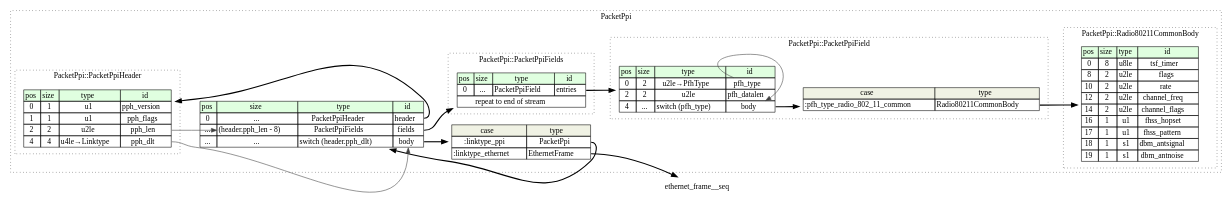
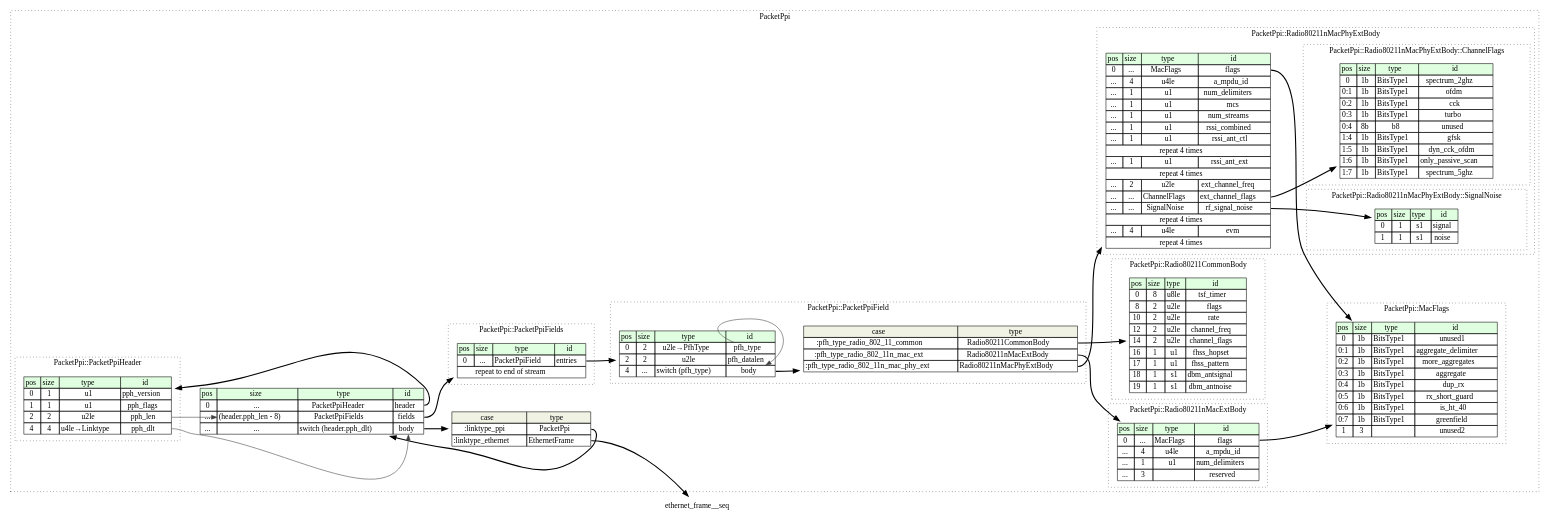
One commit to kaitai-io/formats-kaitai-io.github.io changed the diagram in packet_ppi/src/graphviz/packet_ppi.dot. Above: the diagram before and after it, drawn with Graphviz. The commit also changed 29 other files, not shown here.

```diff
--- a/packet_ppi/src/graphviz/packet_ppi.dot
+++ b/packet_ppi/src/graphviz/packet_ppi.dot
@@ -16,6 +16,45 @@
 	<TR><TD>:linktype_ppi</TD><TD PORT="case0">PacketPpi</TD></TR>
 	<TR><TD>:linktype_ethernet</TD><TD PORT="case1">EthernetFrame</TD></TR>
 </TABLE>>];
+		subgraph cluster__packet_ppi_fields {
+			label="PacketPpi::PacketPpiFields";
+			graph[style=dotted];
+
+			packet_ppi_fields__seq [label=<<TABLE BORDER="0" CELLBORDER="1" CELLSPACING="0">
+				<TR><TD BGCOLOR="#E0FFE0">pos</TD><TD BGCOLOR="#E0FFE0">size</TD><TD BGCOLOR="#E0FFE0">type</TD><TD BGCOLOR="#E0FFE0">id</TD></TR>
+				<TR><TD PORT="entries_pos">0</TD><TD PORT="entries_size">...</TD><TD>PacketPpiField</TD><TD PORT="entries_type">entries</TD></TR>
+				<TR><TD COLSPAN="4" PORT="entries__repeat">repeat to end of stream</TD></TR>
+			</TABLE>>];
+		}
+		subgraph cluster__radio_802_11n_mac_ext_body {
+			label="PacketPpi::Radio80211nMacExtBody";
+			graph[style=dotted];
+
+			radio_802_11n_mac_ext_body__seq [label=<<TABLE BORDER="0" CELLBORDER="1" CELLSPACING="0">
+				<TR><TD BGCOLOR="#E0FFE0">pos</TD><TD BGCOLOR="#E0FFE0">size</TD><TD BGCOLOR="#E0FFE0">type</TD><TD BGCOLOR="#E0FFE0">id</TD></TR>
+				<TR><TD PORT="flags_pos">0</TD><TD PORT="flags_size">...</TD><TD>MacFlags</TD><TD PORT="flags_type">flags</TD></TR>
+				<TR><TD PORT="a_mpdu_id_pos">...</TD><TD PORT="a_mpdu_id_size">4</TD><TD>u4le</TD><TD PORT="a_mpdu_id_type">a_mpdu_id</TD></TR>
+				<TR><TD PORT="num_delimiters_pos">...</TD><TD PORT="num_delimiters_size">1</TD><TD>u1</TD><TD PORT="num_delimiters_type">num_delimiters</TD></TR>
+				<TR><TD PORT="reserved_pos">...</TD><TD PORT="reserved_size">3</TD><TD></TD><TD PORT="reserved_type">reserved</TD></TR>
+			</TABLE>>];
+		}
+		subgraph cluster__mac_flags {
+			label="PacketPpi::MacFlags";
+			graph[style=dotted];
+
+			mac_flags__seq [label=<<TABLE BORDER="0" CELLBORDER="1" CELLSPACING="0">
+				<TR><TD BGCOLOR="#E0FFE0">pos</TD><TD BGCOLOR="#E0FFE0">size</TD><TD BGCOLOR="#E0FFE0">type</TD><TD BGCOLOR="#E0FFE0">id</TD></TR>
+				<TR><TD PORT="unused1_pos">0</TD><TD PORT="unused1_size">1b</TD><TD>BitsType1</TD><TD PORT="unused1_type">unused1</TD></TR>
+				<TR><TD PORT="aggregate_delimiter_pos">0:1</TD><TD PORT="aggregate_delimiter_size">1b</TD><TD>BitsType1</TD><TD PORT="aggregate_delimiter_type">aggregate_delimiter</TD></TR>
+				<TR><TD PORT="more_aggregates_pos">0:2</TD><TD PORT="more_aggregates_size">1b</TD><TD>BitsType1</TD><TD PORT="more_aggregates_type">more_aggregates</TD></TR>
+				<TR><TD PORT="aggregate_pos">0:3</TD><TD PORT="aggregate_size">1b</TD><TD>BitsType1</TD><TD PORT="aggregate_type">aggregate</TD></TR>
+				<TR><TD PORT="dup_rx_pos">0:4</TD><TD PORT="dup_rx_size">1b</TD><TD>BitsType1</TD><TD PORT="dup_rx_type">dup_rx</TD></TR>
+				<TR><TD PORT="rx_short_guard_pos">0:5</TD><TD PORT="rx_short_guard_size">1b</TD><TD>BitsType1</TD><TD PORT="rx_short_guard_type">rx_short_guard</TD></TR>
+				<TR><TD PORT="is_ht_40_pos">0:6</TD><TD PORT="is_ht_40_size">1b</TD><TD>BitsType1</TD><TD PORT="is_ht_40_type">is_ht_40</TD></TR>
+				<TR><TD PORT="greenfield_pos">0:7</TD><TD PORT="greenfield_size">1b</TD><TD>BitsType1</TD><TD PORT="greenfield_type">greenfield</TD></TR>
+				<TR><TD PORT="unused2_pos">1</TD><TD PORT="unused2_size">3</TD><TD></TD><TD PORT="unused2_type">unused2</TD></TR>
+			</TABLE>>];
+		}
 		subgraph cluster__packet_ppi_header {
 			label="PacketPpi::PacketPpiHeader";
 			graph[style=dotted];
@@ -27,31 +66,6 @@
 				<TR><TD PORT="pph_len_pos">2</TD><TD PORT="pph_len_size">2</TD><TD>u2le</TD><TD PORT="pph_len_type">pph_len</TD></TR>
 				<TR><TD PORT="pph_dlt_pos">4</TD><TD PORT="pph_dlt_size">4</TD><TD>u4le→Linktype</TD><TD PORT="pph_dlt_type">pph_dlt</TD></TR>
 			</TABLE>>];
-		}
-		subgraph cluster__packet_ppi_fields {
-			label="PacketPpi::PacketPpiFields";
-			graph[style=dotted];
-
-			packet_ppi_fields__seq [label=<<TABLE BORDER="0" CELLBORDER="1" CELLSPACING="0">
-				<TR><TD BGCOLOR="#E0FFE0">pos</TD><TD BGCOLOR="#E0FFE0">size</TD><TD BGCOLOR="#E0FFE0">type</TD><TD BGCOLOR="#E0FFE0">id</TD></TR>
-				<TR><TD PORT="entries_pos">0</TD><TD PORT="entries_size">...</TD><TD>PacketPpiField</TD><TD PORT="entries_type">entries</TD></TR>
-				<TR><TD COLSPAN="4" PORT="entries__repeat">repeat to end of stream</TD></TR>
-			</TABLE>>];
-		}
-		subgraph cluster__packet_ppi_field {
-			label="PacketPpi::PacketPpiField";
-			graph[style=dotted];
-
-			packet_ppi_field__seq [label=<<TABLE BORDER="0" CELLBORDER="1" CELLSPACING="0">
-				<TR><TD BGCOLOR="#E0FFE0">pos</TD><TD BGCOLOR="#E0FFE0">size</TD><TD BGCOLOR="#E0FFE0">type</TD><TD BGCOLOR="#E0FFE0">id</TD></TR>
-				<TR><TD PORT="pfh_type_pos">0</TD><TD PORT="pfh_type_size">2</TD><TD>u2le→PfhType</TD><TD PORT="pfh_type_type">pfh_type</TD></TR>
-				<TR><TD PORT="pfh_datalen_pos">2</TD><TD PORT="pfh_datalen_size">2</TD><TD>u2le</TD><TD PORT="pfh_datalen_type">pfh_datalen</TD></TR>
-				<TR><TD PORT="body_pos">4</TD><TD PORT="body_size">...</TD><TD>switch (pfh_type)</TD><TD PORT="body_type">body</TD></TR>
-			</TABLE>>];
-packet_ppi_field__seq_body_switch [label=<<TABLE BORDER="0" CELLBORDER="1" CELLSPACING="0">
-	<TR><TD BGCOLOR="#F0F2E4">case</TD><TD BGCOLOR="#F0F2E4">type</TD></TR>
-	<TR><TD>:pfh_type_radio_802_11_common</TD><TD PORT="case0">Radio80211CommonBody</TD></TR>
-</TABLE>>];
 		}
 		subgraph cluster__radio_802_11_common_body {
 			label="PacketPpi::Radio80211CommonBody";
@@ -70,6 +84,74 @@
 				<TR><TD PORT="dbm_antnoise_pos">19</TD><TD PORT="dbm_antnoise_size">1</TD><TD>s1</TD><TD PORT="dbm_antnoise_type">dbm_antnoise</TD></TR>
 			</TABLE>>];
 		}
+		subgraph cluster__packet_ppi_field {
+			label="PacketPpi::PacketPpiField";
+			graph[style=dotted];
+
+			packet_ppi_field__seq [label=<<TABLE BORDER="0" CELLBORDER="1" CELLSPACING="0">
+				<TR><TD BGCOLOR="#E0FFE0">pos</TD><TD BGCOLOR="#E0FFE0">size</TD><TD BGCOLOR="#E0FFE0">type</TD><TD BGCOLOR="#E0FFE0">id</TD></TR>
+				<TR><TD PORT="pfh_type_pos">0</TD><TD PORT="pfh_type_size">2</TD><TD>u2le→PfhType</TD><TD PORT="pfh_type_type">pfh_type</TD></TR>
+				<TR><TD PORT="pfh_datalen_pos">2</TD><TD PORT="pfh_datalen_size">2</TD><TD>u2le</TD><TD PORT="pfh_datalen_type">pfh_datalen</TD></TR>
+				<TR><TD PORT="body_pos">4</TD><TD PORT="body_size">...</TD><TD>switch (pfh_type)</TD><TD PORT="body_type">body</TD></TR>
+			</TABLE>>];
+packet_ppi_field__seq_body_switch [label=<<TABLE BORDER="0" CELLBORDER="1" CELLSPACING="0">
+	<TR><TD BGCOLOR="#F0F2E4">case</TD><TD BGCOLOR="#F0F2E4">type</TD></TR>
+	<TR><TD>:pfh_type_radio_802_11_common</TD><TD PORT="case0">Radio80211CommonBody</TD></TR>
+	<TR><TD>:pfh_type_radio_802_11n_mac_ext</TD><TD PORT="case1">Radio80211nMacExtBody</TD></TR>
+	<TR><TD>:pfh_type_radio_802_11n_mac_phy_ext</TD><TD PORT="case2">Radio80211nMacPhyExtBody</TD></TR>
+</TABLE>>];
+		}
+		subgraph cluster__radio_802_11n_mac_phy_ext_body {
+			label="PacketPpi::Radio80211nMacPhyExtBody";
+			graph[style=dotted];
+
+			radio_802_11n_mac_phy_ext_body__seq [label=<<TABLE BORDER="0" CELLBORDER="1" CELLSPACING="0">
+				<TR><TD BGCOLOR="#E0FFE0">pos</TD><TD BGCOLOR="#E0FFE0">size</TD><TD BGCOLOR="#E0FFE0">type</TD><TD BGCOLOR="#E0FFE0">id</TD></TR>
+				<TR><TD PORT="flags_pos">0</TD><TD PORT="flags_size">...</TD><TD>MacFlags</TD><TD PORT="flags_type">flags</TD></TR>
+				<TR><TD PORT="a_mpdu_id_pos">...</TD><TD PORT="a_mpdu_id_size">4</TD><TD>u4le</TD><TD PORT="a_mpdu_id_type">a_mpdu_id</TD></TR>
+				<TR><TD PORT="num_delimiters_pos">...</TD><TD PORT="num_delimiters_size">1</TD><TD>u1</TD><TD PORT="num_delimiters_type">num_delimiters</TD></TR>
+				<TR><TD PORT="mcs_pos">...</TD><TD PORT="mcs_size">1</TD><TD>u1</TD><TD PORT="mcs_type">mcs</TD></TR>
+				<TR><TD PORT="num_streams_pos">...</TD><TD PORT="num_streams_size">1</TD><TD>u1</TD><TD PORT="num_streams_type">num_streams</TD></TR>
+				<TR><TD PORT="rssi_combined_pos">...</TD><TD PORT="rssi_combined_size">1</TD><TD>u1</TD><TD PORT="rssi_combined_type">rssi_combined</TD></TR>
+				<TR><TD PORT="rssi_ant_ctl_pos">...</TD><TD PORT="rssi_ant_ctl_size">1</TD><TD>u1</TD><TD PORT="rssi_ant_ctl_type">rssi_ant_ctl</TD></TR>
+				<TR><TD COLSPAN="4" PORT="rssi_ant_ctl__repeat">repeat 4 times</TD></TR>
+				<TR><TD PORT="rssi_ant_ext_pos">...</TD><TD PORT="rssi_ant_ext_size">1</TD><TD>u1</TD><TD PORT="rssi_ant_ext_type">rssi_ant_ext</TD></TR>
+				<TR><TD COLSPAN="4" PORT="rssi_ant_ext__repeat">repeat 4 times</TD></TR>
+				<TR><TD PORT="ext_channel_freq_pos">...</TD><TD PORT="ext_channel_freq_size">2</TD><TD>u2le</TD><TD PORT="ext_channel_freq_type">ext_channel_freq</TD></TR>
+				<TR><TD PORT="ext_channel_flags_pos">...</TD><TD PORT="ext_channel_flags_size">...</TD><TD>ChannelFlags</TD><TD PORT="ext_channel_flags_type">ext_channel_flags</TD></TR>
+				<TR><TD PORT="rf_signal_noise_pos">...</TD><TD PORT="rf_signal_noise_size">...</TD><TD>SignalNoise</TD><TD PORT="rf_signal_noise_type">rf_signal_noise</TD></TR>
+				<TR><TD COLSPAN="4" PORT="rf_signal_noise__repeat">repeat 4 times</TD></TR>
+				<TR><TD PORT="evm_pos">...</TD><TD PORT="evm_size">4</TD><TD>u4le</TD><TD PORT="evm_type">evm</TD></TR>
+				<TR><TD COLSPAN="4" PORT="evm__repeat">repeat 4 times</TD></TR>
+			</TABLE>>];
+			subgraph cluster__channel_flags {
+				label="PacketPpi::Radio80211nMacPhyExtBody::ChannelFlags";
+				graph[style=dotted];
+
+				channel_flags__seq [label=<<TABLE BORDER="0" CELLBORDER="1" CELLSPACING="0">
+					<TR><TD BGCOLOR="#E0FFE0">pos</TD><TD BGCOLOR="#E0FFE0">size</TD><TD BGCOLOR="#E0FFE0">type</TD><TD BGCOLOR="#E0FFE0">id</TD></TR>
+					<TR><TD PORT="spectrum_2ghz_pos">0</TD><TD PORT="spectrum_2ghz_size">1b</TD><TD>BitsType1</TD><TD PORT="spectrum_2ghz_type">spectrum_2ghz</TD></TR>
+					<TR><TD PORT="ofdm_pos">0:1</TD><TD PORT="ofdm_size">1b</TD><TD>BitsType1</TD><TD PORT="ofdm_type">ofdm</TD></TR>
+					<TR><TD PORT="cck_pos">0:2</TD><TD PORT="cck_size">1b</TD><TD>BitsType1</TD><TD PORT="cck_type">cck</TD></TR>
+					<TR><TD PORT="turbo_pos">0:3</TD><TD PORT="turbo_size">1b</TD><TD>BitsType1</TD><TD PORT="turbo_type">turbo</TD></TR>
+					<TR><TD PORT="unused_pos">0:4</TD><TD PORT="unused_size">8b</TD><TD>b8</TD><TD PORT="unused_type">unused</TD></TR>
+					<TR><TD PORT="gfsk_pos">1:4</TD><TD PORT="gfsk_size">1b</TD><TD>BitsType1</TD><TD PORT="gfsk_type">gfsk</TD></TR>
+					<TR><TD PORT="dyn_cck_ofdm_pos">1:5</TD><TD PORT="dyn_cck_ofdm_size">1b</TD><TD>BitsType1</TD><TD PORT="dyn_cck_ofdm_type">dyn_cck_ofdm</TD></TR>
+					<TR><TD PORT="only_passive_scan_pos">1:6</TD><TD PORT="only_passive_scan_size">1b</TD><TD>BitsType1</TD><TD PORT="only_passive_scan_type">only_passive_scan</TD></TR>
+					<TR><TD PORT="spectrum_5ghz_pos">1:7</TD><TD PORT="spectrum_5ghz_size">1b</TD><TD>BitsType1</TD><TD PORT="spectrum_5ghz_type">spectrum_5ghz</TD></TR>
+				</TABLE>>];
+			}
+			subgraph cluster__signal_noise {
+				label="PacketPpi::Radio80211nMacPhyExtBody::SignalNoise";
+				graph[style=dotted];
+
+				signal_noise__seq [label=<<TABLE BORDER="0" CELLBORDER="1" CELLSPACING="0">
+					<TR><TD BGCOLOR="#E0FFE0">pos</TD><TD BGCOLOR="#E0FFE0">size</TD><TD BGCOLOR="#E0FFE0">type</TD><TD BGCOLOR="#E0FFE0">id</TD></TR>
+					<TR><TD PORT="signal_pos">0</TD><TD PORT="signal_size">1</TD><TD>s1</TD><TD PORT="signal_type">signal</TD></TR>
+					<TR><TD PORT="noise_pos">1</TD><TD PORT="noise_size">1</TD><TD>s1</TD><TD PORT="noise_type">noise</TD></TR>
+				</TABLE>>];
+			}
+		}
 	}
 	packet_ppi__seq:header_type -> packet_ppi_header__seq [style=bold];
 	packet_ppi_header__seq:pph_len_type -> packet_ppi__seq:fields_size [color="#404040"];
@@ -79,7 +161,13 @@
 	packet_ppi__seq_body_switch:case1 -> ethernet_frame__seq [style=bold];
 	packet_ppi_header__seq:pph_dlt_type -> packet_ppi__seq:body_type [color="#404040"];
 	packet_ppi_fields__seq:entries_type -> packet_ppi_field__seq [style=bold];
+	radio_802_11n_mac_ext_body__seq:flags_type -> mac_flags__seq [style=bold];
 	packet_ppi_field__seq:body_type -> packet_ppi_field__seq_body_switch [style=bold];
 	packet_ppi_field__seq_body_switch:case0 -> radio_802_11_common_body__seq [style=bold];
+	packet_ppi_field__seq_body_switch:case1 -> radio_802_11n_mac_ext_body__seq [style=bold];
+	packet_ppi_field__seq_body_switch:case2 -> radio_802_11n_mac_phy_ext_body__seq [style=bold];
 	packet_ppi_field__seq:pfh_type_type -> packet_ppi_field__seq:body_type [color="#404040"];
+	radio_802_11n_mac_phy_ext_body__seq:flags_type -> mac_flags__seq [style=bold];
+	radio_802_11n_mac_phy_ext_body__seq:ext_channel_flags_type -> channel_flags__seq [style=bold];
+	radio_802_11n_mac_phy_ext_body__seq:rf_signal_noise_type -> signal_noise__seq [style=bold];
 }
```
